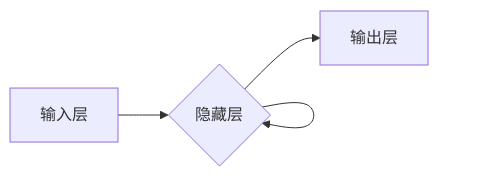
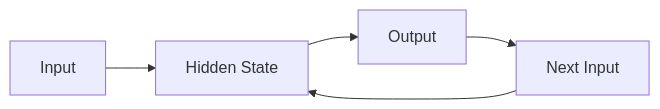
The diagram in ai/139/循环神经网络 (RNN) 原理与代码实例讲解.md (AIGeniusInstitute/pycnblog), drawn with Mermaid before and after one commit. The commit also changed other lines of this file and 45677 other files, not shown here.

````diff
--- a/ai/139/循环神经网络 (RNN) 原理与代码实例讲解.md
+++ b/ai/139/循环神经网络 (RNN) 原理与代码实例讲解.md
@@ -34,6 +19,7 @@
 ```mermaid
 graph LR
-    A[输入层] --> B{隐藏层}
-    B --> C[输出层]
-    B --> B
+A[Input] --> B[Hidden State]
+B --> C[Output]
+C --> D[Next Input]
+D --> B
 ```
````
